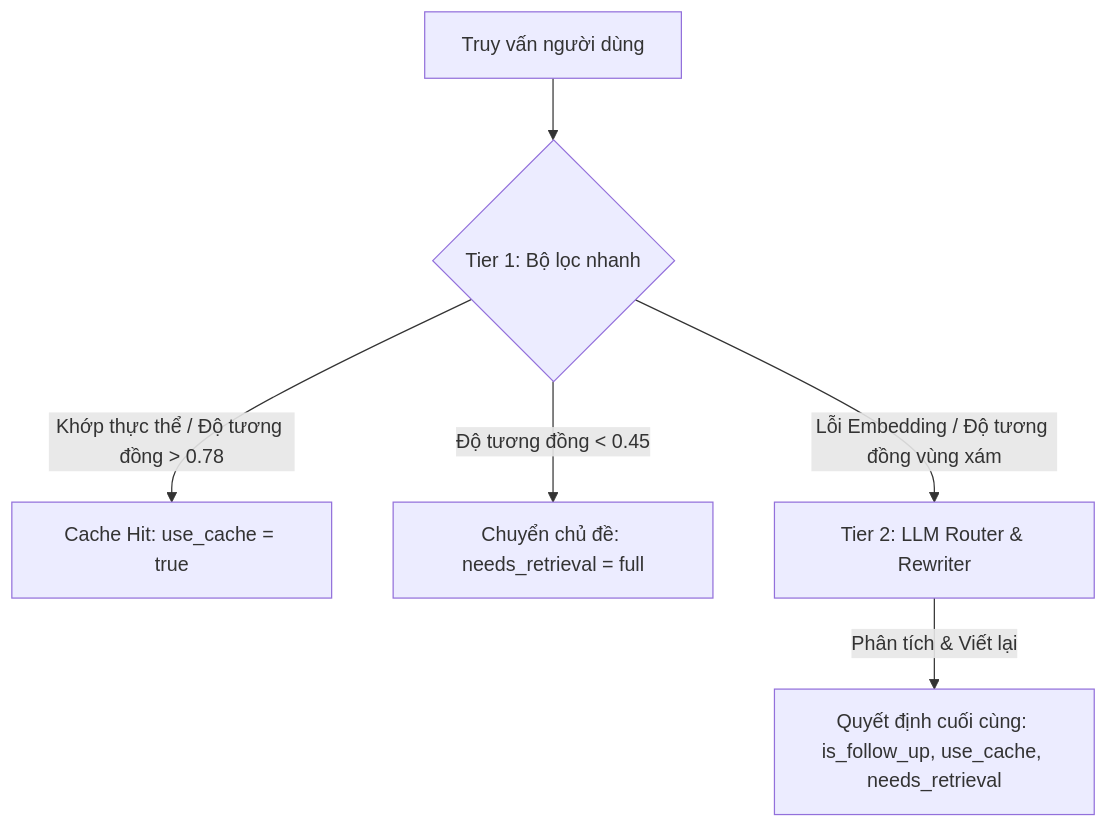
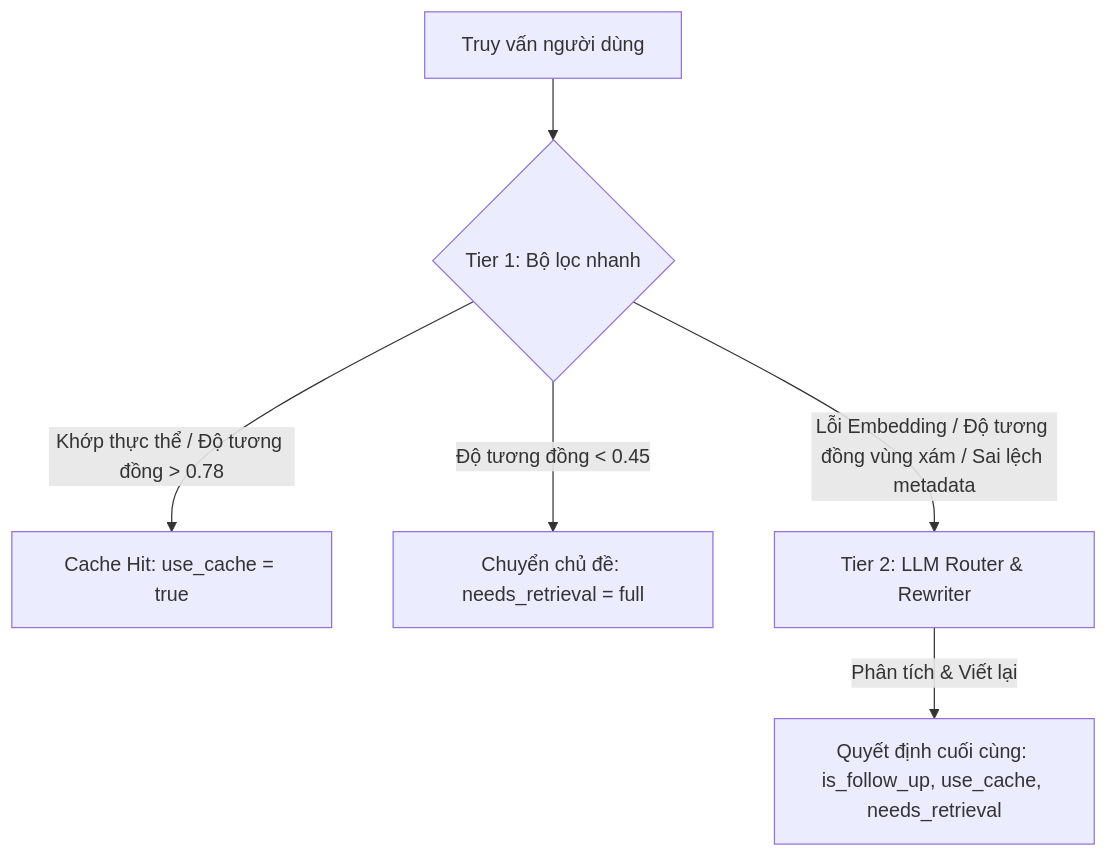
The diagram in multi-turn-context-manager/docs/context_management_rules.md (TCTri205/Tro-li-ao-Javis), drawn with Mermaid before and after one commit. The commit also changed other lines of this file and 5 other files, not shown here.

````diff
--- a/multi-turn-context-manager/docs/context_management_rules.md
+++ b/multi-turn-context-manager/docs/context_management_rules.md
@@ -7,9 +7,9 @@
 ```mermaid
 graph TD
     Query[Truy vấn người dùng] --> Tier1{Tier 1: Bộ lọc nhanh}
     Tier1 -->|Khớp thực thể / Độ tương đồng > 0.78| CacheHit[Cache Hit: use_cache = true]
     Tier1 -->|Độ tương đồng < 0.45| TopicShift[Chuyển chủ đề: needs_retrieval = full]
-    Tier1 -->|Lỗi Embedding / Độ tương đồng vùng xám| Tier2[Tier 2: LLM Router & Rewriter]
+    Tier1 -->|Lỗi Embedding / Độ tương đồng vùng xám / Sai lệch metadata| Tier2[Tier 2: LLM Router & Rewriter]
     
     Tier2 -->|Phân tích & Viết lại| Decision[Quyết định cuối cùng: is_follow_up, use_cache, needs_retrieval]
 ```
````
